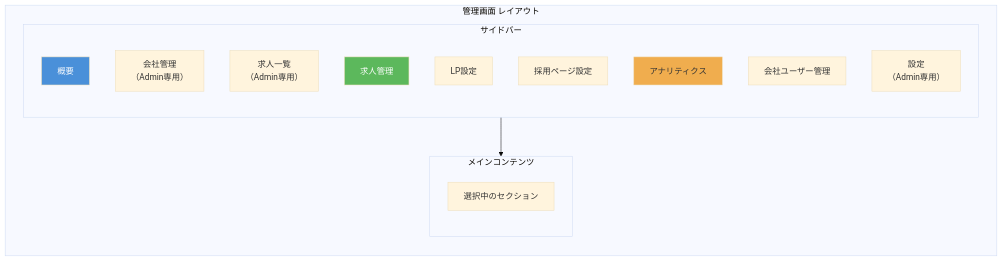
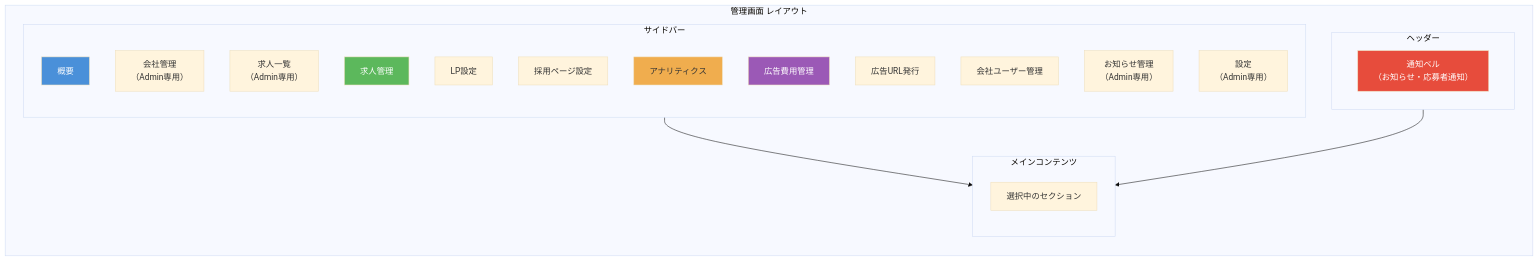
One commit to togawa-design/togawa-design.github.io changed the fifth of 6 diagrams in docs/ui/screen-design.md. Above: the diagram before and after it, drawn with Mermaid (base theme). The commit also changed other lines of this file, not shown here.

````diff
--- a/docs/ui/screen-design.md
+++ b/docs/ui/screen-design.md
@@ -237,28 +257,38 @@
 ```mermaid
 flowchart LR
     subgraph Layout["管理画面 レイアウト"]
         subgraph Sidebar["サイドバー"]
             direction TB
             Nav1["概要"]
             Nav2["会社管理<br/>（Admin専用）"]
             Nav3["求人一覧<br/>（Admin専用）"]
             Nav4["求人管理"]
             Nav5["LP設定"]
             Nav6["採用ページ設定"]
             Nav7["アナリティクス"]
-            Nav8["会社ユーザー管理"]
-            Nav9["設定<br/>（Admin専用）"]
+            Nav8["広告費用管理"]
+            Nav9["広告URL発行"]
+            Nav10["会社ユーザー管理"]
+            Nav11["お知らせ管理<br/>（Admin専用）"]
+            Nav12["設定<br/>（Admin専用）"]
         end
 
         subgraph Main["メインコンテンツ"]
             direction TB
             Content["選択中のセクション"]
         end
+
+        subgraph Header["ヘッダー"]
+            Notification["通知ベル<br/>（お知らせ・応募者通知）"]
+        end
     end
 
     Sidebar --> Main
+    Header --> Main
 
     style Nav1 fill:#4a90d9,color:#fff
     style Nav4 fill:#5cb85c,color:#fff
     style Nav7 fill:#f0ad4e,color:#333
+    style Nav8 fill:#9b59b6,color:#fff
+    style Notification fill:#e74c3c,color:#fff
 ```
````
